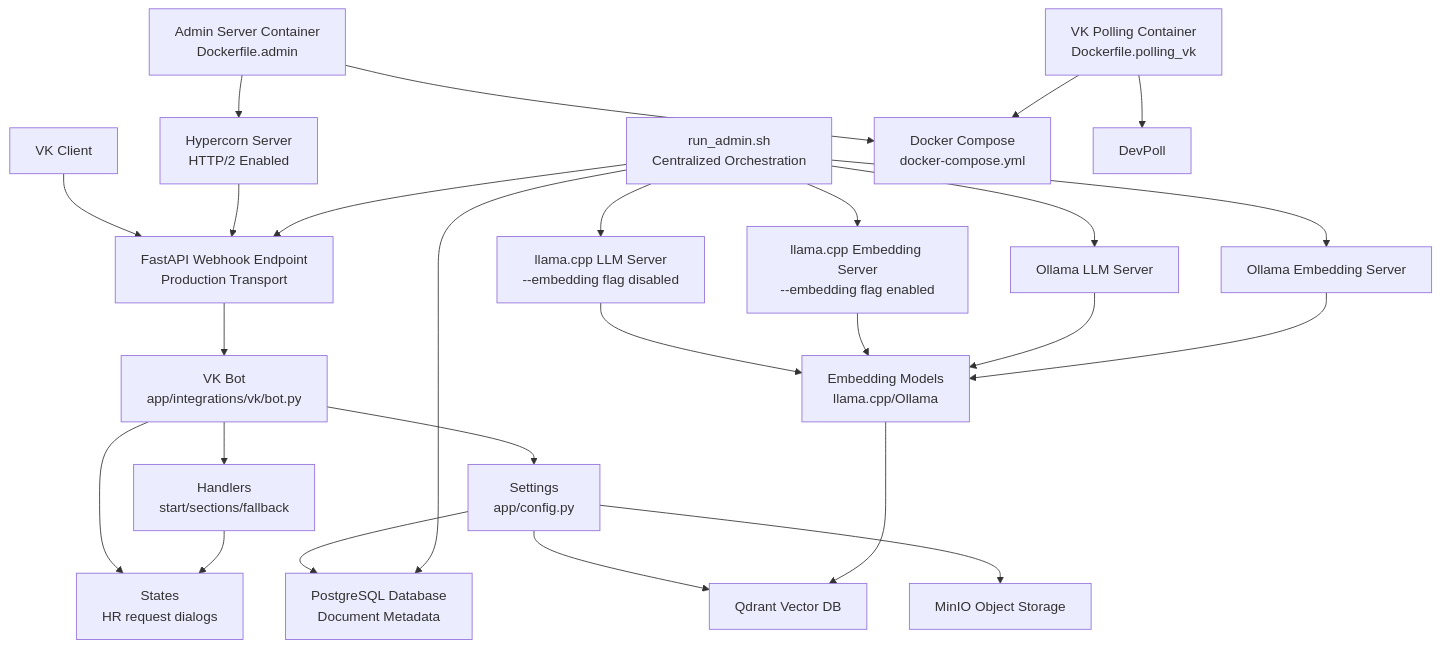
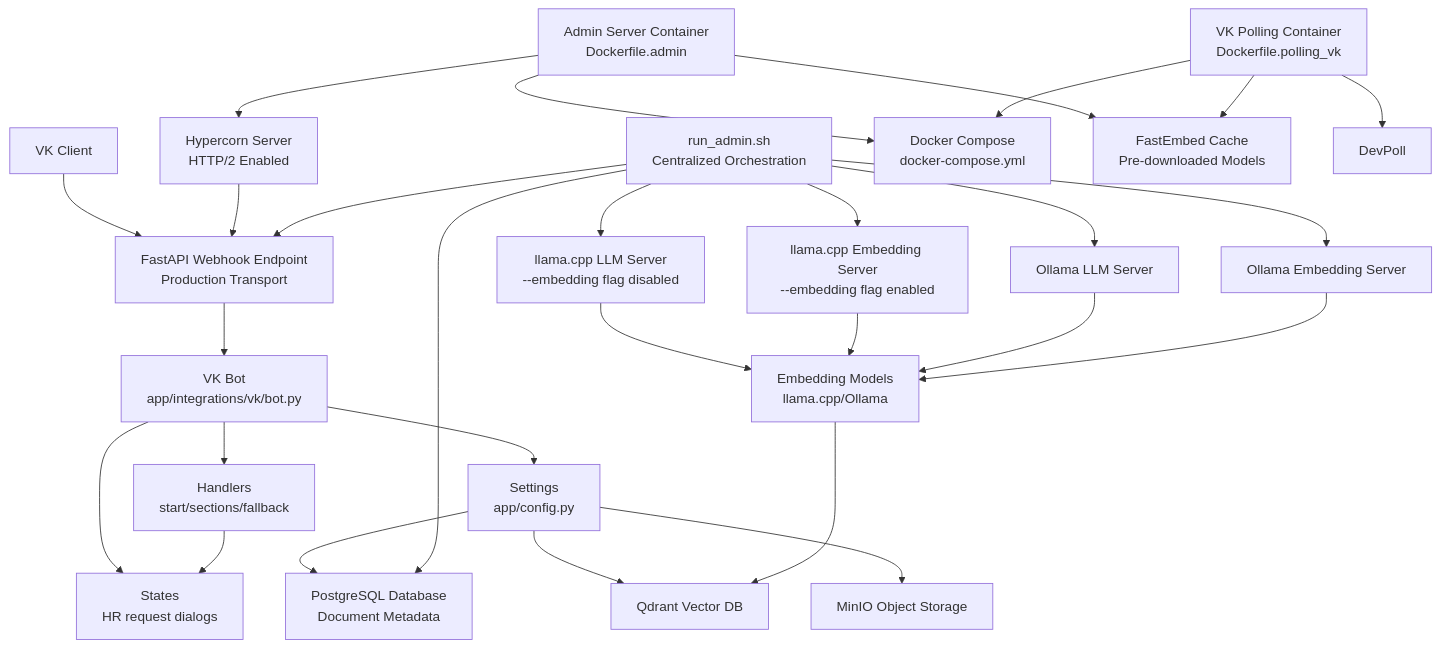
Before and after one commit to ognelis/cafetera_hr_bot: the second of 20 diagrams in .qoder/repowiki/en/content/Deployment and Operations.md, drawn with Mermaid. The commit also changed other lines of this file and 2 other files, not shown here.

````diff
--- a/.qoder/repowiki/en/content/Deployment and Operations.md
+++ b/.qoder/repowiki/en/content/Deployment and Operations.md
@@ -212,47 +214,50 @@
 ```mermaid
 graph TB
 Client["VK Client"]
 Webhook["FastAPI Webhook Endpoint<br/>Production Transport"]
 Bot["VK Bot<br/>app/integrations/vk/bot.py"]
 Handlers["Handlers<br/>start/sections/fallback"]
 States["States<br/>HR request dialogs"]
 Config["Settings<br/>app/config.py"]
 PostgreSQL["PostgreSQL Database<br/>Document Metadata"]
 Qdrant["Qdrant Vector DB"]
 MinIO["MinIO Object Storage"]
 Embeddings["Embedding Models<br/>llama.cpp/Ollama"]
 LlamaLLM["llama.cpp LLM Server<br/>--embedding flag disabled"]
 LlamaEmbed["llama.cpp Embedding Server<br/>--embedding flag enabled"]
 OllamaLLM["Ollama LLM Server"]
 OllamaEmbed["Ollama Embedding Server"]
 Hypercorn["Hypercorn Server<br/>HTTP/2 Enabled"]
 Orchestrator["run_admin.sh<br/>Centralized Orchestration"]
 AdminDocker["Admin Server Container<br/>Dockerfile.admin"]
 VKDocker["VK Polling Container<br/>Dockerfile.polling_vk"]
 DockerCompose["Docker Compose<br/>docker-compose.yml"]
+FastEmbedCache["FastEmbed Cache<br/>Pre-downloaded Models"]
 Client --> Webhook
 Webhook --> Bot
 Bot --> Handlers
 Bot --> States
 Bot --> Config
 Handlers --> States
 Config --> PostgreSQL
 Config --> Qdrant
 Config --> MinIO
 Embeddings --> Qdrant
 LlamaLLM --> Embeddings
 LlamaEmbed --> Embeddings
 OllamaLLM --> Embeddings
 OllamaEmbed --> Embeddings
 Hypercorn --> Webhook
 Orchestrator --> Webhook
 Orchestrator --> LlamaLLM
 Orchestrator --> LlamaEmbed
 Orchestrator --> OllamaLLM
 Orchestrator --> OllamaEmbed
 Orchestrator --> PostgreSQL
 AdminDocker --> Hypercorn
+AdminDocker --> FastEmbedCache
 AdminDocker --> DockerCompose
 VKDocker --> DevPoll
+VKDocker --> FastEmbedCache
 VKDocker --> DockerCompose
 ```
````
